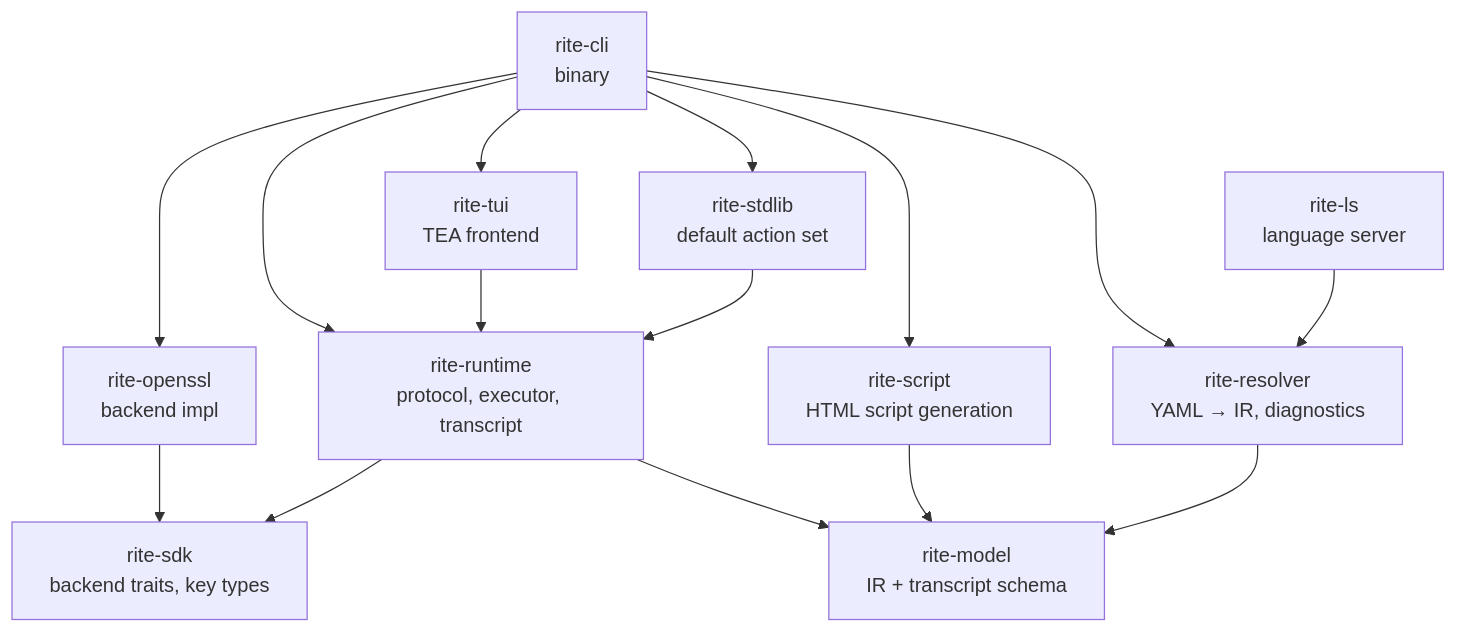
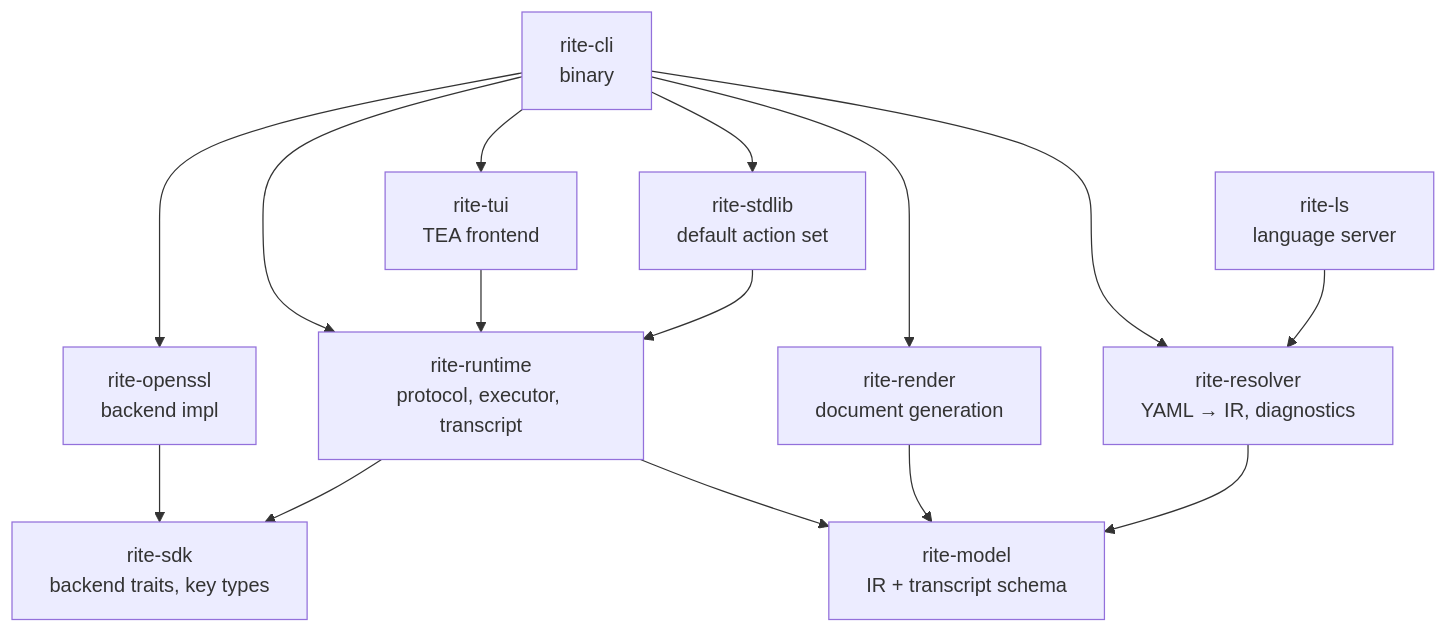
The diagram in docs/development/crate-layout.md (rite-ly/rite), drawn with Mermaid before and after one commit. The commit also changed other lines of this file and 41 other files, not shown here.

````diff
--- a/docs/development/crate-layout.md
+++ b/docs/development/crate-layout.md
@@ -3,28 +3,28 @@
 ```mermaid
 flowchart TD
     cli[rite-cli<br/>binary]
     ls[rite-ls<br/>language server]
     tui[rite-tui<br/>TEA frontend]
     stdlib[rite-stdlib<br/>default action set]
     openssl[rite-openssl<br/>backend impl]
     runtime[rite-runtime<br/>protocol, executor, transcript]
     resolver[rite-resolver<br/>YAML → IR, diagnostics]
-    script[rite-script<br/>HTML script generation]
+    render[rite-render<br/>document generation]
     model[rite-model<br/>IR + transcript schema]
     sdk[rite-sdk<br/>backend traits, key types]
 
     cli --> tui
     cli --> runtime
     cli --> stdlib
     cli --> openssl
-    cli --> script
+    cli --> render
     cli --> resolver
     tui --> runtime
     ls --> resolver
     stdlib --> runtime
     openssl --> sdk
     runtime --> sdk
     runtime --> model
-    script --> model
+    render --> model
     resolver --> model
 ```
````
